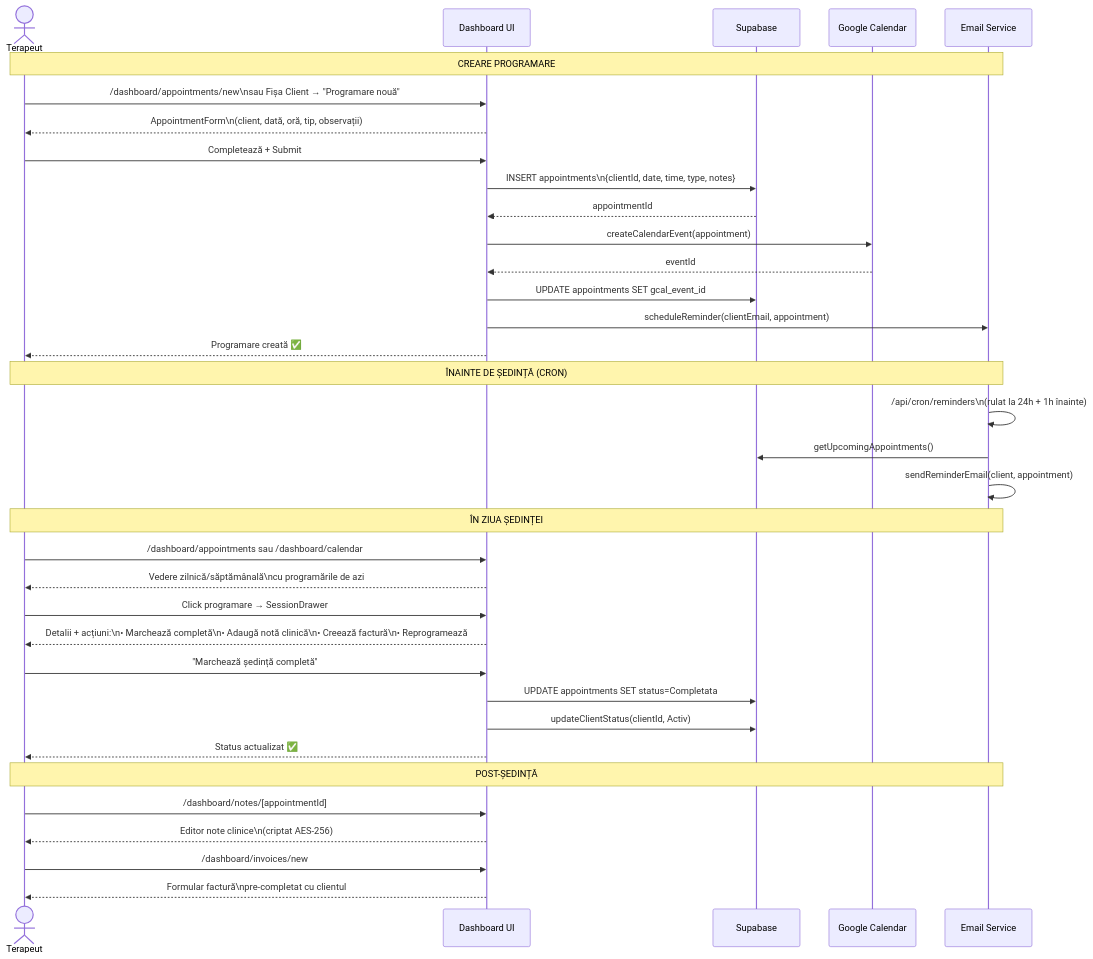
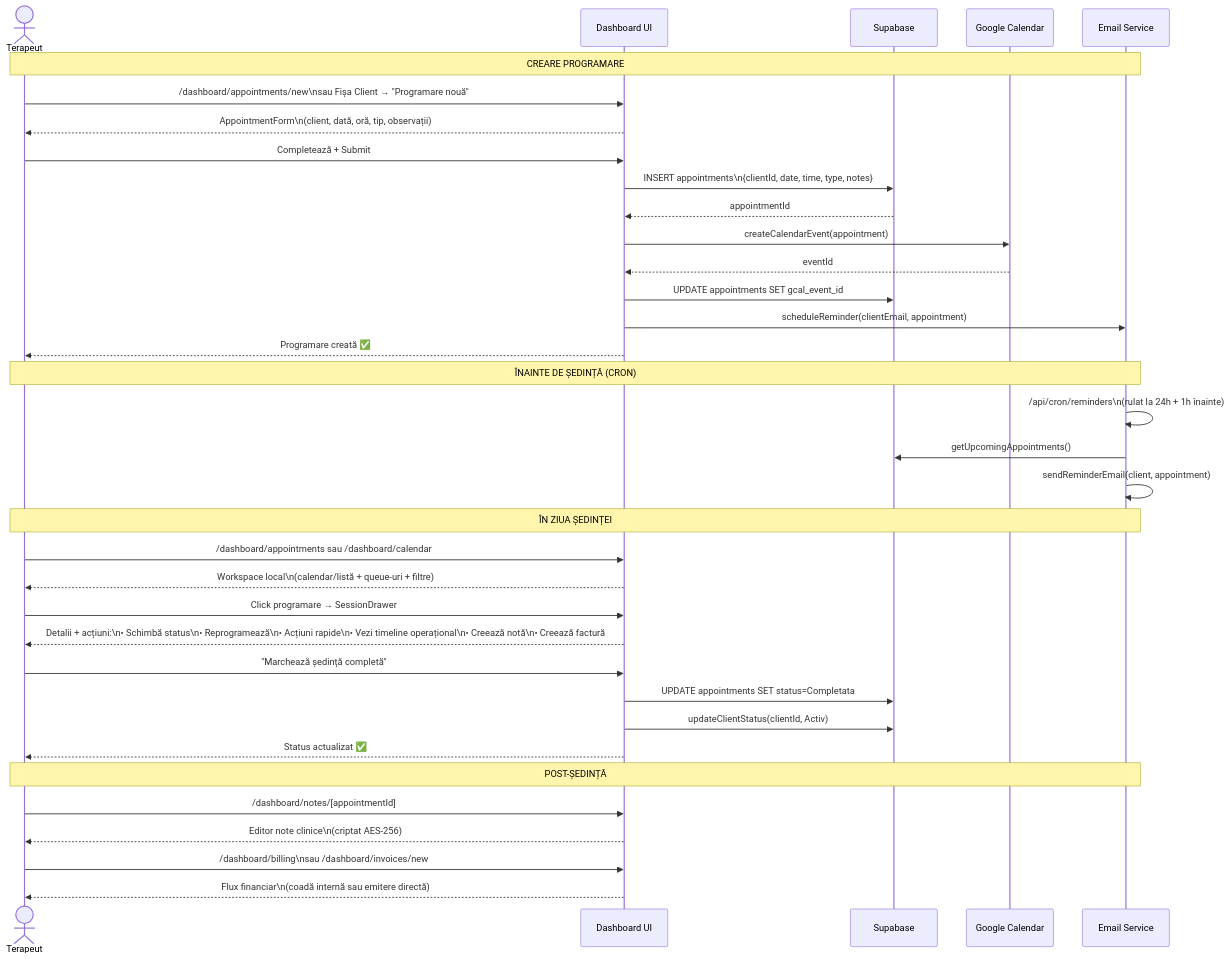
The first of 6 diagrams in fluxuri/05_programari.md (UBKraust/Oncolink), drawn with Mermaid before and after one commit. The commit also changed other lines of this file and 21 other files, not shown here.

````diff
--- a/fluxuri/05_programari.md
+++ b/fluxuri/05_programari.md
@@ -20,50 +20,50 @@
 ```mermaid
 sequenceDiagram
     actor T as Terapeut
     participant UI as Dashboard UI
     participant DB as Supabase
     participant GCAL as Google Calendar
     participant MAIL as Email Service
 
     Note over T,MAIL: CREARE PROGRAMARE
 
     T->>UI: /dashboard/appointments/new\nsau Fișa Client → "Programare nouă"
     UI-->>T: AppointmentForm\n(client, dată, oră, tip, observații)
     T->>UI: Completează + Submit
     UI->>DB: INSERT appointments\n{clientId, date, time, type, notes}
     DB-->>UI: appointmentId
 
     UI->>GCAL: createCalendarEvent(appointment)
     GCAL-->>UI: eventId
     UI->>DB: UPDATE appointments SET gcal_event_id
 
     UI->>MAIL: scheduleReminder(clientEmail, appointment)
     UI-->>T: Programare creată ✅
 
     Note over T,MAIL: ÎNAINTE DE ȘEDINȚĂ (CRON)
 
     MAIL->>MAIL: /api/cron/reminders\n(rulat la 24h + 1h înainte)
     MAIL->>DB: getUpcomingAppointments()
     MAIL->>MAIL: sendReminderEmail(client, appointment)
 
     Note over T,MAIL: ÎN ZIUA ȘEDINȚEI
 
     T->>UI: /dashboard/appointments sau /dashboard/calendar
-    UI-->>T: Vedere zilnică/săptămânală\ncu programările de azi
+    UI-->>T: Workspace local\n(calendar/listă + queue-uri + filtre)
 
     T->>UI: Click programare → SessionDrawer
-    UI-->>T: Detalii + acțiuni:\n• Marchează completă\n• Adaugă notă clinică\n• Creează factură\n• Reprogramează
+    UI-->>T: Detalii + acțiuni:\n• Schimbă status\n• Reprogramează\n• Acțiuni rapide\n• Vezi timeline operațional\n• Creează notă\n• Creează factură
 
     T->>UI: "Marchează ședință completă"
     UI->>DB: UPDATE appointments SET status=Completata
     UI->>DB: updateClientStatus(clientId, Activ)
     UI-->>T: Status actualizat ✅
 
     Note over T,MAIL: POST-ȘEDINȚĂ
 
     T->>UI: /dashboard/notes/[appointmentId]
     UI-->>T: Editor note clinice\n(criptat AES-256)
 
-    T->>UI: /dashboard/invoices/new
-    UI-->>T: Formular factură\npre-completat cu clientul
+    T->>UI: /dashboard/billing\nsau /dashboard/invoices/new
+    UI-->>T: Flux financiar\n(coadă internă sau emitere directă)
 ```
````
